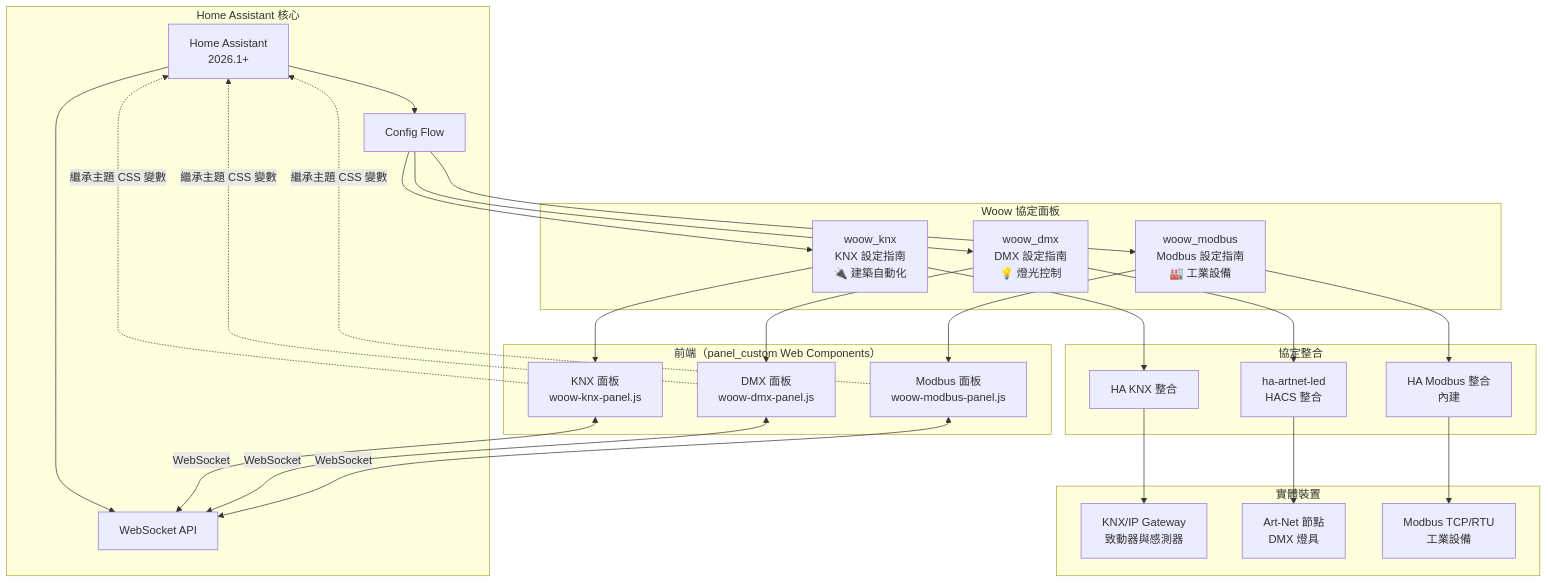
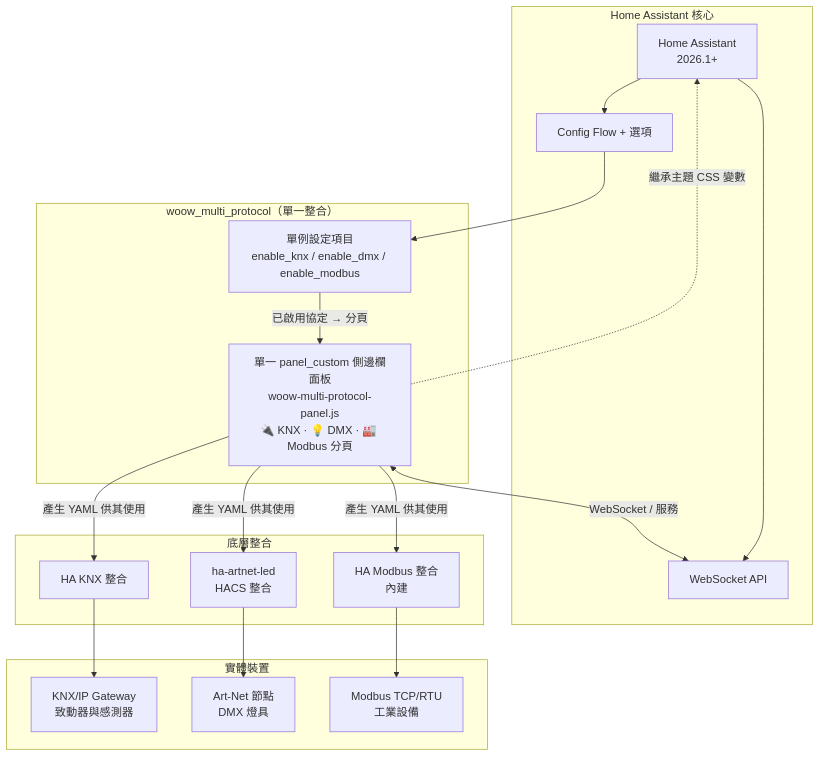
One commit to WOOWTECH/Woow_ha_multi_protocol_connect changed the first of 3 diagrams in README_zh-TW.md. Above: the diagram before and after it, drawn with Mermaid. The commit also changed other lines of this file and 53 other files, not shown here.

````diff
--- a/README_zh-TW.md
+++ b/README_zh-TW.md
@@ -119,55 +121,38 @@
 ```mermaid
 graph TB
     subgraph "Home Assistant 核心"
         HA[Home Assistant<br/>2026.1+]
         WS[WebSocket API]
-        CF[Config Flow]
+        CF[Config Flow + 選項]
     end
 
-    subgraph "Woow 協定面板"
-        KNX["woow_knx<br/>KNX 設定指南<br/>🔌 建築自動化"]
-        DMX["woow_dmx<br/>DMX 設定指南<br/>💡 燈光控制"]
-        MOD["woow_modbus<br/>Modbus 設定指南<br/>🏭 工業設備"]
+    subgraph "woow_multi_protocol（單一整合）"
+        ENTRY["單例設定項目<br/>enable_knx / enable_dmx / enable_modbus"]
+        PANEL["單一 panel_custom 側邊欄面板<br/>woow-multi-protocol-panel.js<br/>🔌 KNX · 💡 DMX · 🏭 Modbus 分頁"]
     end
 
-    subgraph "前端（panel_custom Web Components）"
-        KNX_UI["KNX 面板<br/>woow-knx-panel.js"]
-        DMX_UI["DMX 面板<br/>woow-dmx-panel.js"]
-        MOD_UI["Modbus 面板<br/>woow-modbus-panel.js"]
-    end
-
-    subgraph "協定整合"
+    subgraph "底層整合"
         KNX_INT[HA KNX 整合]
         DMX_INT[ha-artnet-led<br/>HACS 整合]
         MOD_INT[HA Modbus 整合<br/>內建]
     end
 
     subgraph "實體裝置"
         KNX_DEV["KNX/IP Gateway<br/>致動器與感測器"]
         DMX_DEV["Art-Net 節點<br/>DMX 燈具"]
         MOD_DEV["Modbus TCP/RTU<br/>工業設備"]
     end
 
     HA --> WS
     HA --> CF
 
-    CF --> KNX
-    CF --> DMX
-    CF --> MOD
+    CF --> ENTRY
+    ENTRY -->|已啟用協定 → 分頁| PANEL
 
-    KNX --> KNX_UI
-    DMX --> DMX_UI
-    MOD --> MOD_UI
+    PANEL <-->|WebSocket / 服務| WS
+    PANEL -.->|繼承主題 CSS 變數| HA
 
-    KNX_UI <-->|WebSocket| WS
-    DMX_UI <-->|WebSocket| WS
-    MOD_UI <-->|WebSocket| WS
-
-    KNX_UI -.->|繼承主題 CSS 變數| HA
-    DMX_UI -.->|繼承主題 CSS 變數| HA
-    MOD_UI -.->|繼承主題 CSS 變數| HA
-
-    KNX --> KNX_INT --> KNX_DEV
-    DMX --> DMX_INT --> DMX_DEV
-    MOD --> MOD_INT --> MOD_DEV
+    PANEL -->|產生 YAML 供其使用| KNX_INT --> KNX_DEV
+    PANEL -->|產生 YAML 供其使用| DMX_INT --> DMX_DEV
+    PANEL -->|產生 YAML 供其使用| MOD_INT --> MOD_DEV
 ```
````
